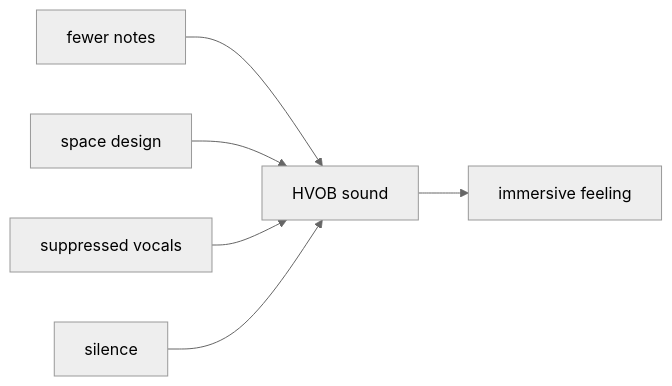
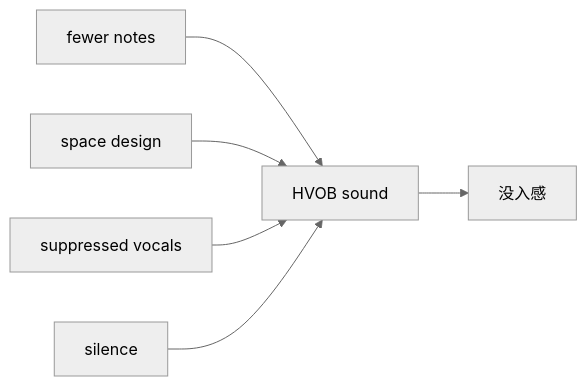
The seventh of 12 diagrams in en/_posts/2026-07-19-column-hvob.md (monumental-movement/monumental-movement.github.io), drawn with Mermaid (neutral theme) before and after one commit. The commit also changed other lines of this file and 1012 other files, not shown here.

```diff
--- a/en/_posts/2026-07-19-column-hvob.md
+++ b/en/_posts/2026-07-19-column-hvob.md
@@ -590,17 +590,17 @@
 <div class="mermaid">
 flowchart LR
 
 A[fewer notes]
 A --> E[HVOB sound]
 
 B[space design]
 B --> E
 
 C[suppressed vocals]
 C --> E
 
 D[silence]
 D --> E
 
-E --> F[immersive feeling]
+E --> F[没入感]
 </div>
```
